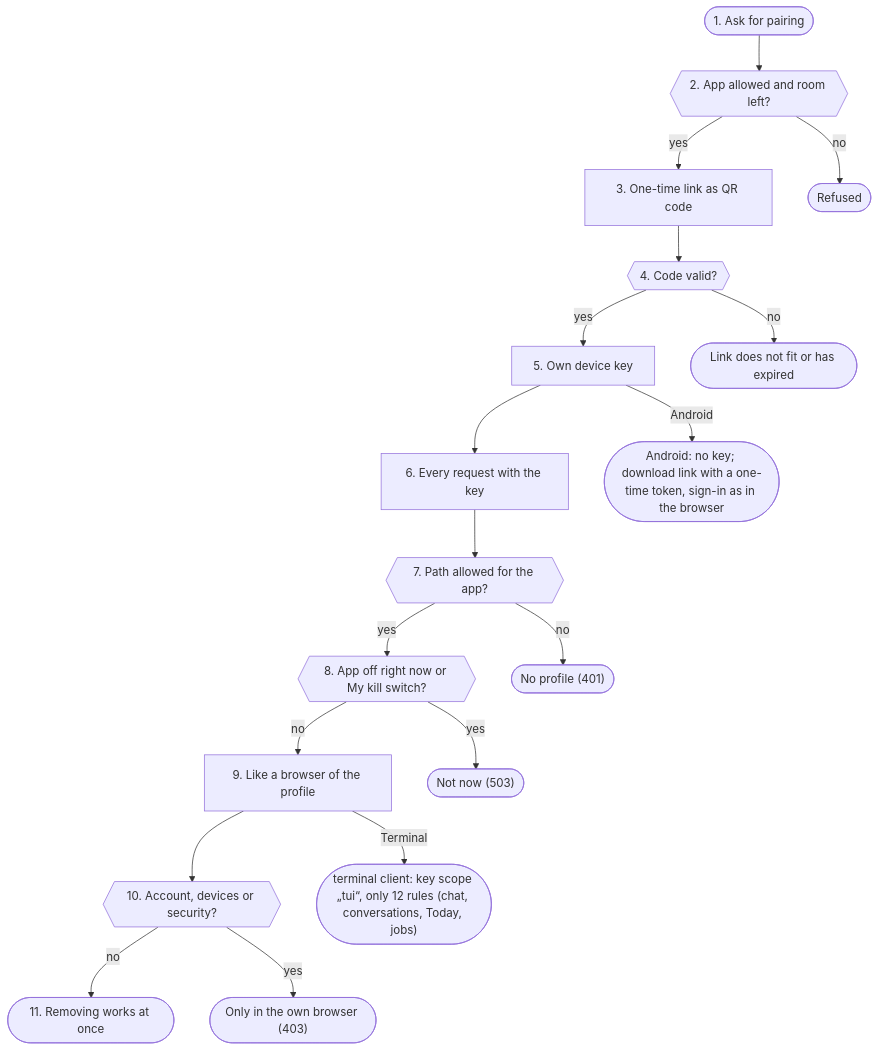
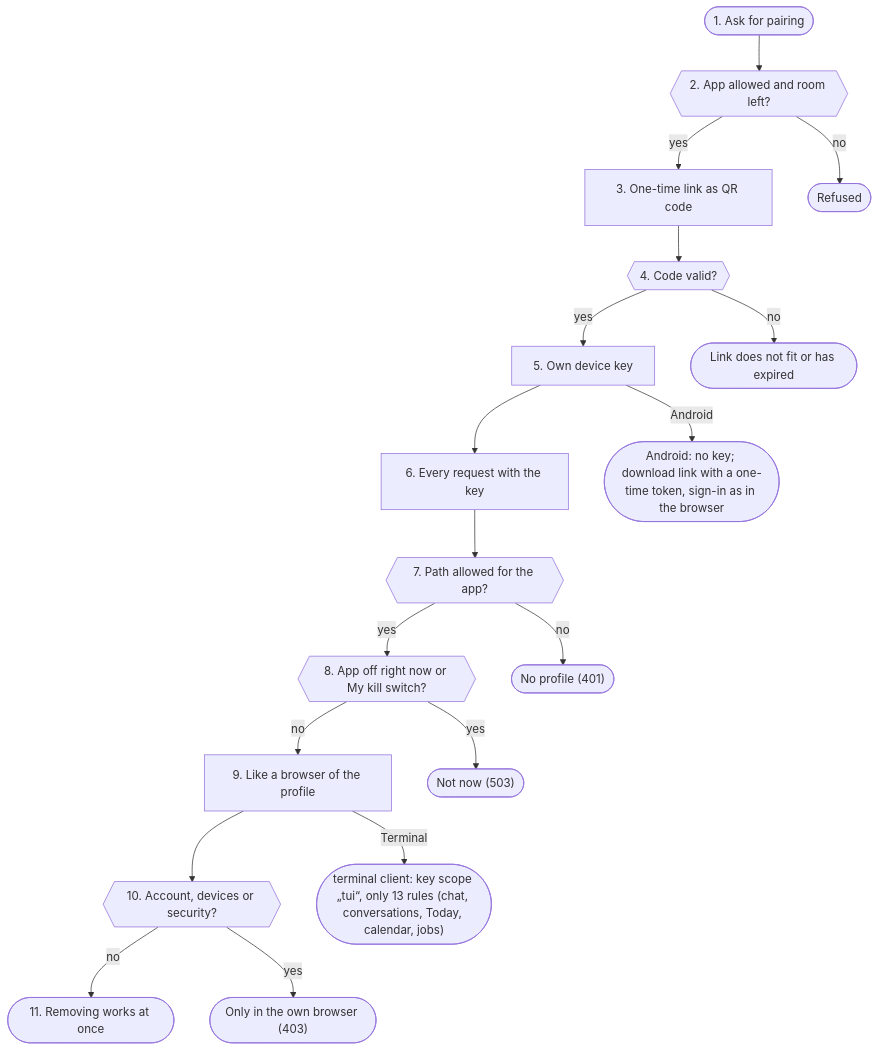
Before and after one commit to db9979/speech-on-dgx-spark: the third of 27 diagrams in docs/en/architecture.md, drawn with Mermaid. The commit also changed other lines of this file and 14 other files, not shown here.

First line of the commit message:
V01.0.807 uConsole/Terminal: spark-tui kalender und F5 zeigen die Woche der Seite Kalender

````diff
--- a/docs/en/architecture.md
+++ b/docs/en/architecture.md
@@ -795,38 +795,38 @@
 ```mermaid
 flowchart TD
   s1(["1. Ask for pairing"])
   s2{{"2. App allowed and room left?"}}
   s3["3. One-time link as QR code"]
   s4{{"4. Code valid?"}}
   s5["5. Own device key"]
   s6["6. Every request with the key"]
   s7{{"7. Path allowed for the app?"}}
   s8{{"8. App off right now or My kill switch?"}}
   s9["9. Like a browser of the profile"]
   s10{{"10. Account, devices or security?"}}
   s11(["11. Removing works at once"])
   s1 --> s2
   s2 -->|yes| s3
   s3 --> s4
   s4 -->|yes| s5
   s5 --> s6
   s6 --> s7
   s7 -->|yes| s8
   s8 -->|no| s9
   s9 --> s10
   s10 -->|no| s11
   s2x(["Refused"])
   s2 -->|no| s2x
   s4x(["Link does not fit or has expired"])
   s4 -->|no| s4x
   s5x(["Android: no key; download link with a one-time token, sign-in as in the browser"])
   s5 -->|Android| s5x
   s7x(["No profile (401)"])
   s7 -->|no| s7x
   s8x(["Not now (503)"])
   s8 -->|yes| s8x
-  s9x(["terminal client: key scope „tui“, only 12 rules (chat, conversations, Today, jobs)"])
+  s9x(["terminal client: key scope „tui“, only 13 rules (chat, conversations, Today, calendar, jobs)"])
   s9 -->|Terminal| s9x
   s10x(["Only in the own browser (403)"])
   s10 -->|yes| s10x
 ```
````
